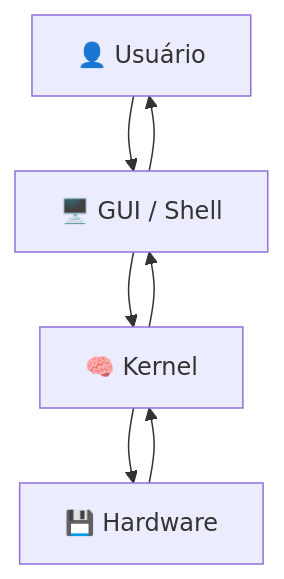
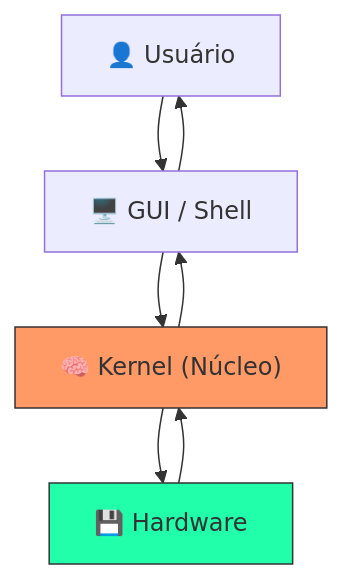
One commit to ricardotecpro/ads_mod_01_fundamentos_da_computacao changed the diagram in docs/aulas/aula-14.md. Above: the diagram before and after it, drawn with Mermaid. The commit also changed other lines of this file and 31 other files, not shown here.

````diff
--- a/docs/aulas/aula-14.md
+++ b/docs/aulas/aula-14.md
@@ -30,9 +21,11 @@
 ```mermaid
 graph TD
-    A[👤 Usuário] --> B[🖥️ GUI / Shell]
-    B --> C[🧠 Kernel]
-    C --> D[💾 Hardware]
+    A["👤 Usuário"] --> B["🖥️ GUI / Shell"]
+    B --> C["🧠 Kernel (Núcleo)"]
+    C --> D["💾 Hardware"]
     D --> C
     C --> B
     B --> A
+    style C fill:#f96,stroke:#333
+    style D fill:#2fa,stroke:#333
 ```
````
